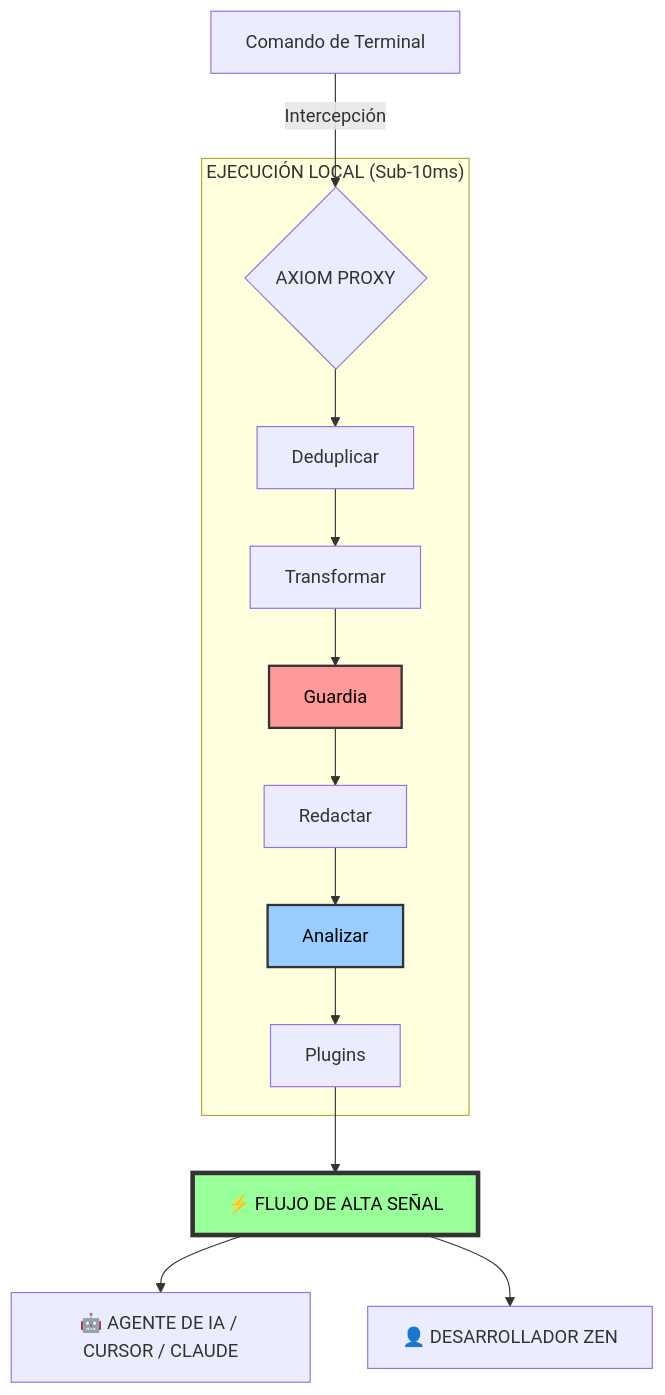
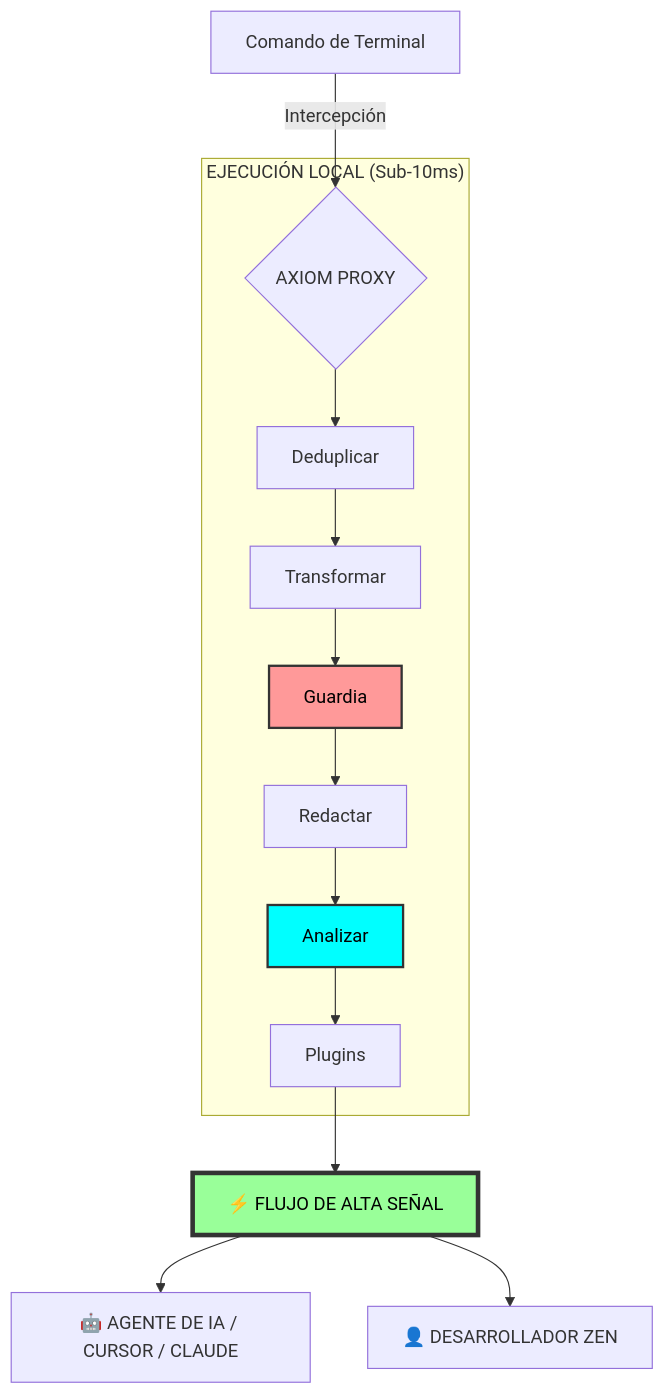
The diagram in docs/es/README.md (pinedamg/axiom-cli), drawn with Mermaid before and after one commit. The commit also changed 9 other files, not shown here.

First line of the commit message:
📚 Documentation Sync: Update CLI, schemas, and architecture guides

````diff
--- a/docs/es/README.md
+++ b/docs/es/README.md
@@ -25,21 +25,21 @@
 ```mermaid
 graph TD
     A[Comando de Terminal] -->|Intercepción| B{AXIOM PROXY}
     
     subgraph "EJECUCIÓN LOCAL (Sub-10ms)"
     B --> C[Deduplicar]
     C --> D[Transformar]
     D --> E[Guardia]
     E --> F[Redactar]
     F --> G[Analizar]
     G --> H[Plugins]
     end
     
     H --> I[⚡ FLUJO DE ALTA SEÑAL]
     I --> J[🤖 AGENTE DE IA / CURSOR / CLAUDE]
     I --> K[👤 DESARROLLADOR ZEN]
 
     style E fill:#ff9999,stroke:#333,stroke-width:2px,color:#000
-    style G fill:#99ccff,stroke:#333,stroke-width:2px,color:#000
+    style G fill:#00FFFF,stroke:#333,stroke-width:2px,color:#000
     style I fill:#99ff99,stroke:#333,stroke-width:4px,color:#000
 ```
````
